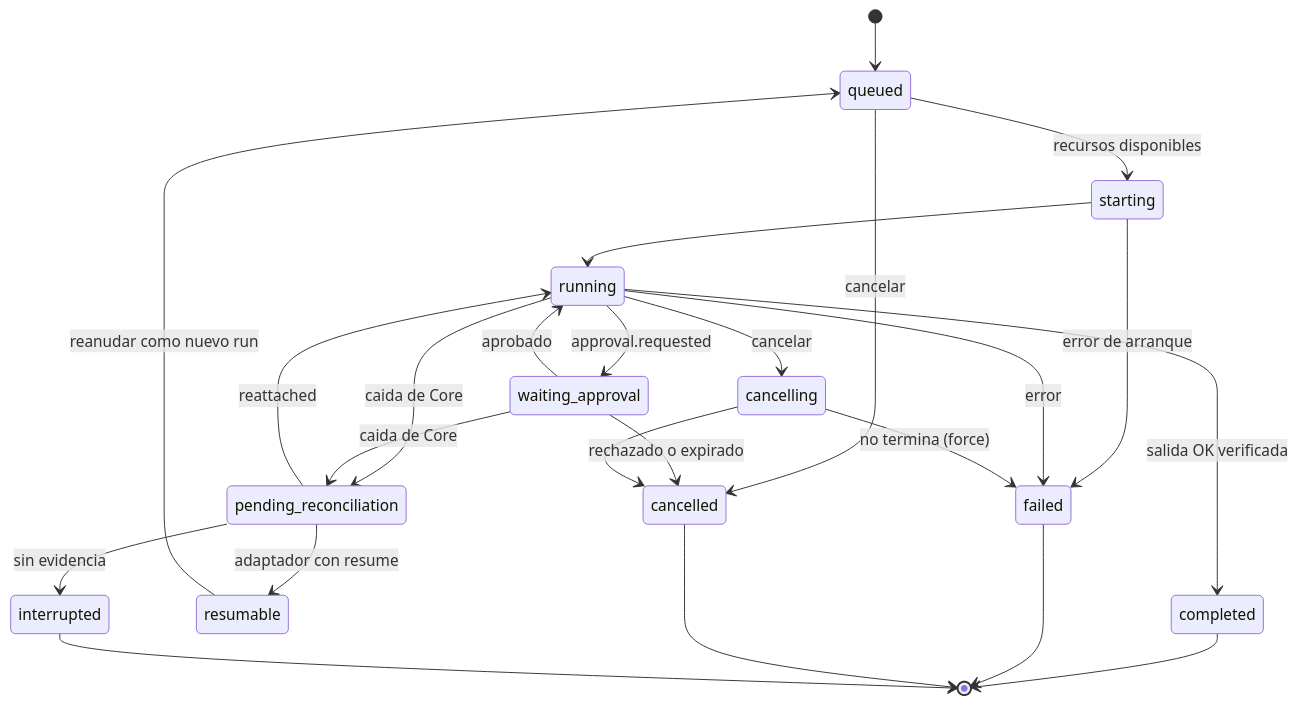
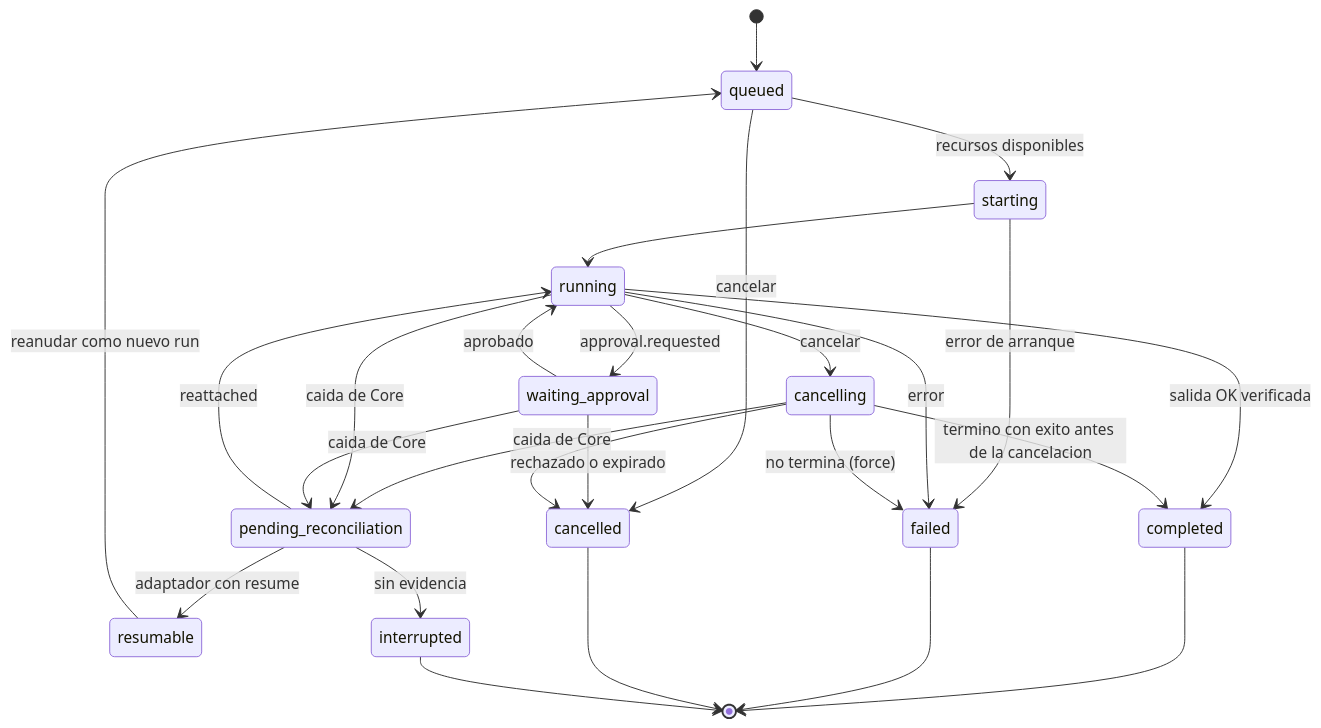
One commit to YuboxtY/takedesk changed diagram 11 of 15 in docs/04-DIAGRAMAS.md. Above: the diagram before and after it, drawn with Mermaid. The commit also changed other lines of this file and 67 other files, not shown here.

````diff
--- a/docs/04-DIAGRAMAS.md
+++ b/docs/04-DIAGRAMAS.md
@@ -328,26 +328,28 @@
 ```mermaid
 stateDiagram-v2
   [*] --> queued
   queued --> starting: recursos disponibles
   queued --> cancelled: cancelar
   starting --> running
   starting --> failed: error de arranque
   running --> waiting_approval: approval.requested
   waiting_approval --> running: aprobado
   waiting_approval --> cancelled: rechazado o expirado
   running --> completed: salida OK verificada
   running --> failed: error
   running --> cancelling: cancelar
   cancelling --> cancelled
   cancelling --> failed: no termina (force)
+  cancelling --> completed: termino con exito antes de la cancelacion
+  cancelling --> pending_reconciliation: caida de Core
   running --> pending_reconciliation: caida de Core
   waiting_approval --> pending_reconciliation: caida de Core
   pending_reconciliation --> running: reattached
   pending_reconciliation --> resumable: adaptador con resume
   pending_reconciliation --> interrupted: sin evidencia
   resumable --> queued: reanudar como nuevo run
   completed --> [*]
   failed --> [*]
   cancelled --> [*]
   interrupted --> [*]
 ```
````
